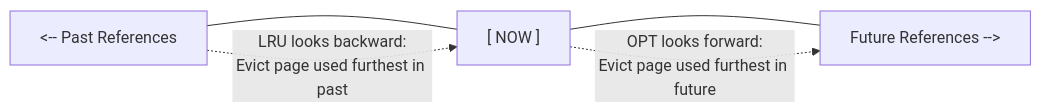
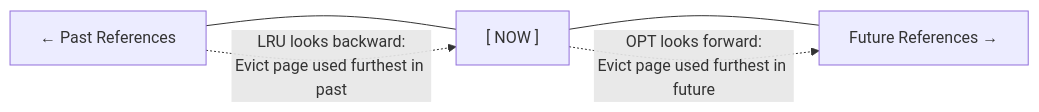
Before and after one commit to YatishGowda09/Sem-3-CSE-Notes: the third of 5 diagrams in OS/Unit 3/L07 - Page Replacement Algorithms.md, drawn with Mermaid. The commit also changed 70 other files, not shown here.

First line of the commit message:
Fix Mermaid diagram syntax for GitHub rendering compatibility

````diff
--- a/OS/Unit 3/L07 - Page Replacement Algorithms.md
+++ b/OS/Unit 3/L07 - Page Replacement Algorithms.md
@@ -155,6 +155,6 @@
 ```mermaid
 flowchart LR
-    PAST["<-- Past References"] --- NOW["[ NOW ]"] --- FUTURE["Future References -->"]
+    PAST["&larr; Past References"] --- NOW["[ NOW ]"] --- FUTURE["Future References &rarr;"]
     PAST -.->|"LRU looks backward:<br>Evict page used furthest in past"| NOW
     NOW -.->|"OPT looks forward:<br>Evict page used furthest in future"| FUTURE
 ```
````
